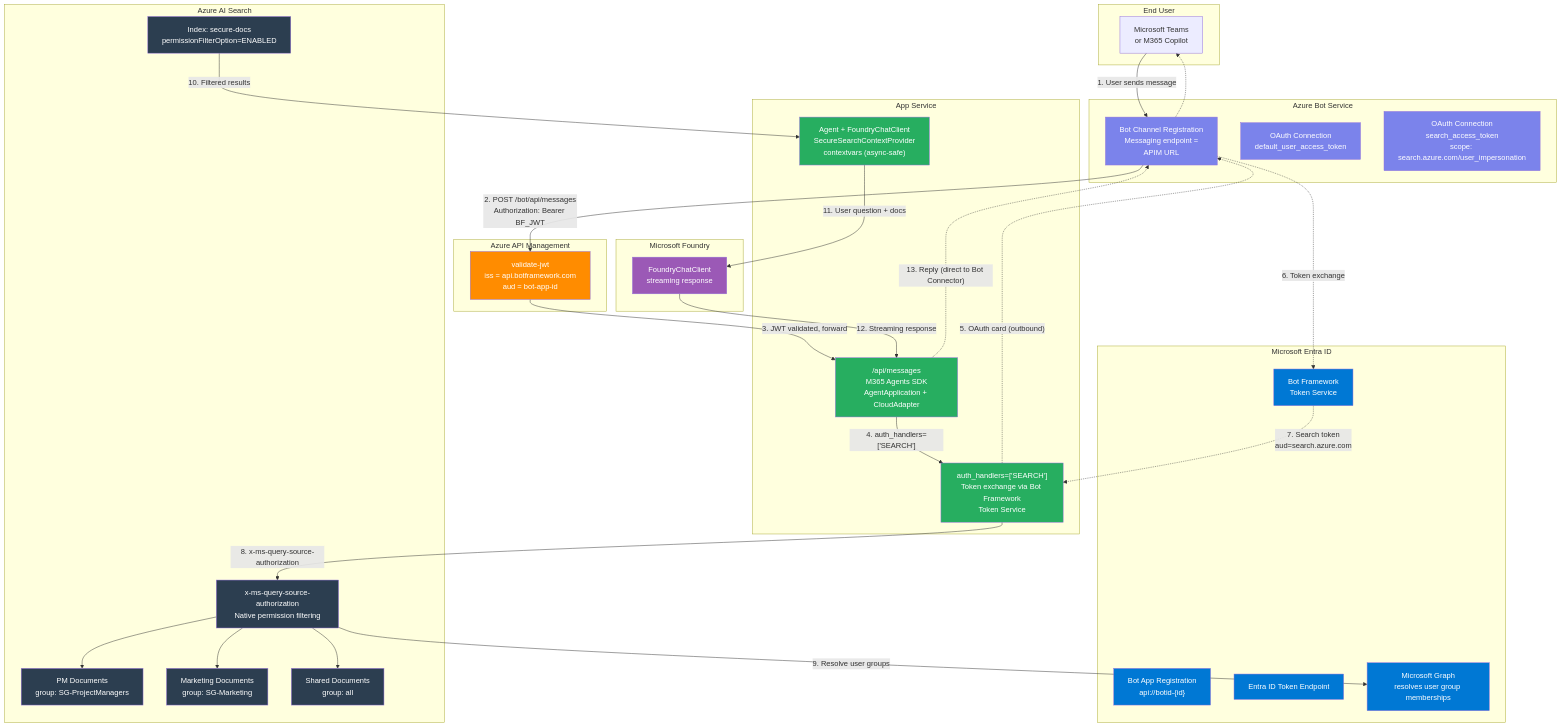
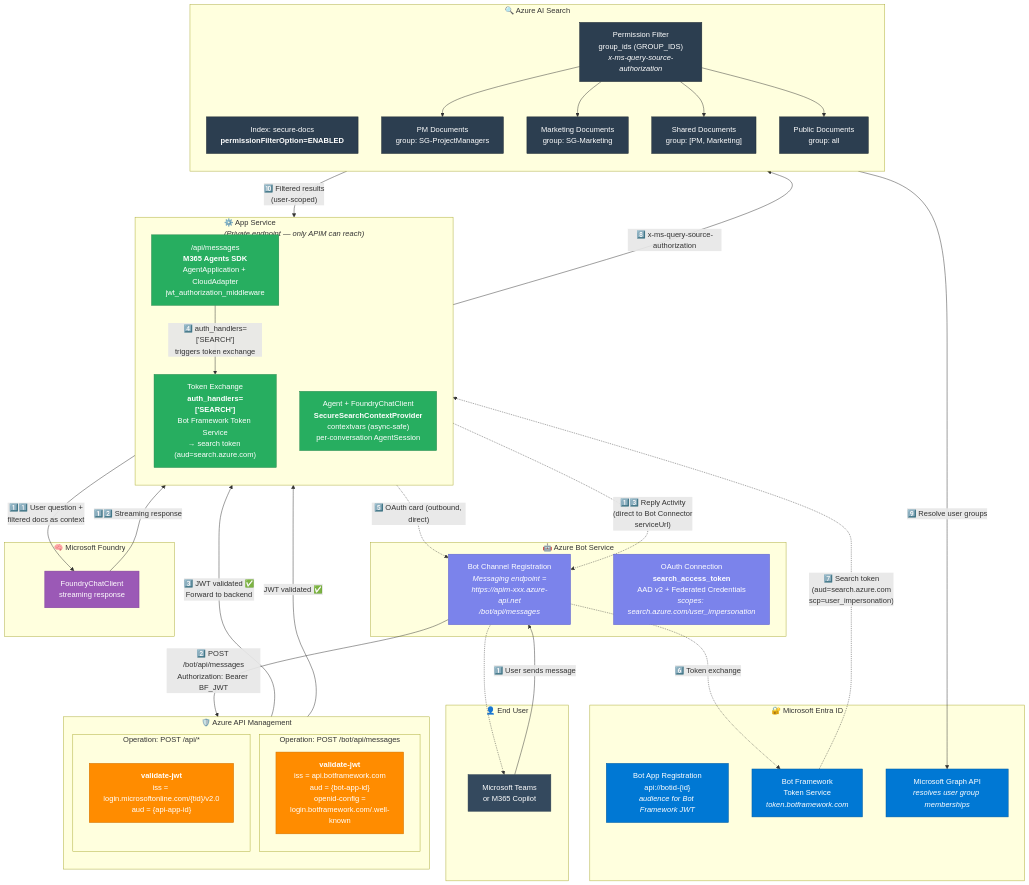
One commit to Azure-Samples/bring-your-own-agent-to-m365-accelerator changed the first of 3 diagrams in docs/architecture.md. Above: the diagram before and after it, drawn with Mermaid. The commit also changed other lines of this file, not shown here.

Commit message:
docs: detailed architecture diagrams with subgraphs, emojis, numbered steps
- Full deployed architecture with all Azure components
- Token exchange sequence diagram (13 steps)
- Per-user document filtering table
- Network security diagram (private endpoint)
- APIM policy sample
- Key design decisions table

````diff
--- a/docs/architecture.md
+++ b/docs/architecture.md
@@ -7,76 +9,98 @@
 ```mermaid
 flowchart TB
-    subgraph CLIENT["End User"]
+    subgraph CLIENT["👤 End User"]
         Teams["Microsoft Teams<br/>or M365 Copilot"]
     end
 
-    subgraph ENTRA["Microsoft Entra ID"]
-        BotAppReg["Bot App Registration<br/>api://botid-{id}"]
-        OAuthToken["Bot Framework<br/>Token Service"]
-        EntraTokens["Entra ID Token Endpoint"]
-        GraphAPI["Microsoft Graph<br/>resolves user group memberships"]
+    subgraph ENTRA["🔐 Microsoft Entra ID"]
+        BotAppReg["Bot App Registration<br/>api://botid-{id}<br/><i>audience for Bot Framework JWT</i>"]
+        OAuthToken["Bot Framework<br/>Token Service<br/><i>token.botframework.com</i>"]
+        GraphAPI["Microsoft Graph API<br/><i>resolves user group memberships</i>"]
     end
 
-    subgraph BOT_SERVICE["Azure Bot Service"]
-        Bot["Bot Channel Registration<br/>Messaging endpoint =<br/>APIM URL"]
-        OAuthSSO["OAuth Connection<br/>default_user_access_token"]
-        OAuthSearch["OAuth Connection<br/>search_access_token<br/>scope: search.azure.com/user_impersonation"]
+    subgraph BOT_SERVICE["🤖 Azure Bot Service"]
+        Bot["Bot Channel Registration<br/><i>Messaging endpoint =<br/>https://apim-xxx.azure-api.net<br/>/bot/api/messages</i>"]
+        OAuthSearch["OAuth Connection<br/><b>search_access_token</b><br/>AAD v2 + Federated Credentials<br/><i>scopes: search.azure.com/user_impersonation</i>"]
     end
 
-    subgraph APIM_GW["Azure API Management"]
-        BotJWT["validate-jwt<br/>iss = api.botframework.com<br/>aud = bot-app-id"]
+    subgraph APIM_GW["🛡️ Azure API Management"]
+        direction TB
+
+        subgraph BOT_OP["Operation: POST /bot/api/messages"]
+            BotJWT["<b>validate-jwt</b><br/>iss = api.botframework.com<br/>aud = {bot-app-id}<br/>openid-config =<br/>login.botframework.com/.well-known"]
+        end
+
+        subgraph API_OP["Operation: POST /api/*"]
+            UserJWT["<b>validate-jwt</b><br/>iss = login.microsoftonline.com/{tid}/v2.0<br/>aud = {api-app-id}"]
+        end
     end
 
-    subgraph APP["App Service"]
-        BotHandler["/api/messages<br/>M365 Agents SDK<br/>AgentApplication + CloudAdapter"]
-        AuthHandler["auth_handlers=['SEARCH']<br/>Token exchange via Bot Framework<br/>Token Service"]
-        AgentFW["Agent + FoundryChatClient<br/>SecureSearchContextProvider<br/>contextvars (async-safe)"]
+    subgraph APP["⚙️ App Service<br/><i>(Private endpoint — only APIM can reach)</i>"]
+        direction TB
+        BotHandler["/api/messages<br/><b>M365 Agents SDK</b><br/>AgentApplication + CloudAdapter<br/>jwt_authorization_middleware"]
+        SearchAuth["Token Exchange<br/><b>auth_handlers=['SEARCH']</b><br/>Bot Framework Token Service<br/>→ search token (aud=search.azure.com)"]
+        AgentFW["Agent + FoundryChatClient<br/><b>SecureSearchContextProvider</b><br/>contextvars (async-safe)<br/>per-conversation AgentSession"]
     end
 
-    subgraph SEARCH["Azure AI Search"]
-        Index["Index: secure-docs<br/>permissionFilterOption=ENABLED"]
-        ACL["x-ms-query-source-authorization<br/>Native permission filtering"]
+    subgraph SEARCH["🔍 Azure AI Search"]
+        direction TB
+        Index["Index: secure-docs<br/><b>permissionFilterOption=ENABLED</b>"]
+        ACL["Permission Filter<br/>group_ids (GROUP_IDS)<br/><i>x-ms-query-source-authorization</i>"]
         Docs_PM["PM Documents<br/>group: SG-ProjectManagers"]
         Docs_MK["Marketing Documents<br/>group: SG-Marketing"]
-        Docs_Shared["Shared Documents<br/>group: all"]
+        Docs_Shared["Shared Documents<br/>group: [PM, Marketing]"]
+        Docs_All["Public Documents<br/>group: all"]
     end
 
-    subgraph FOUNDRY["Microsoft Foundry"]
+    subgraph FOUNDRY["🧠 Microsoft Foundry"]
         LLM["FoundryChatClient<br/>streaming response"]
     end
 
-    Teams -->|"1. User sends message"| Bot
-    Bot -->|"2. POST /bot/api/messages<br/>Authorization: Bearer BF_JWT"| BotJWT
-    BotJWT -->|"3. JWT validated, forward"| BotHandler
+    %% ── Inbound: Teams → APIM → App ──
+    Teams -->|"1️⃣ User sends message"| Bot
+    Bot -->|"2️⃣ POST /bot/api/messages<br/>Authorization: Bearer BF_JWT"| BotJWT
+    BotJWT -->|"3️⃣ JWT validated ✅<br/>Forward to backend"| BotHandler
 
-    BotHandler -->|"4. auth_handlers=['SEARCH']"| AuthHandler
-    AuthHandler -.->|"5. OAuth card (outbound)"| Bot
-    Bot -.->|"6. Token exchange"| OAuthToken
-    OAuthToken -.->|"7. Search token<br/>aud=search.azure.com"| AuthHandler
+    %% ── Token exchange ──
+    BotHandler -->|"4️⃣ auth_handlers=['SEARCH']<br/>triggers token exchange"| SearchAuth
+    SearchAuth -.->|"5️⃣ OAuth card (outbound, direct)"| Bot
+    Bot -.->|"6️⃣ Token exchange"| OAuthToken
+    OAuthToken -.->|"7️⃣ Search token<br/>(aud=search.azure.com<br/>scp=user_impersonation)"| SearchAuth
 
-    AuthHandler -->|"8. x-ms-query-source-authorization"| ACL
-    ACL -->|"9. Resolve user groups"| GraphAPI
+    %% ── AI Search with ACL ──
+    SearchAuth -->|"8️⃣ x-ms-query-source-authorization"| ACL
+    ACL -->|"9️⃣ Resolve user groups"| GraphAPI
     ACL --> Docs_PM
     ACL --> Docs_MK
     ACL --> Docs_Shared
-    Index -->|"10. Filtered results"| AgentFW
+    ACL --> Docs_All
+    Index -->|"🔟 Filtered results<br/>(user-scoped)"| AgentFW
 
-    AgentFW -->|"11. User question + docs"| LLM
-    LLM -->|"12. Streaming response"| BotHandler
-    BotHandler -.->|"13. Reply (direct to Bot Connector)"| Bot
+    %% ── Agent → LLM ──
+    AgentFW -->|"1️⃣1️⃣ User question +<br/>filtered docs as context"| LLM
+    LLM -->|"1️⃣2️⃣ Streaming response"| BotHandler
+
+    %% ── Reply (outbound, direct) ──
+    BotHandler -.->|"1️⃣3️⃣ Reply Activity<br/>(direct to Bot Connector<br/>serviceUrl)"| Bot
     Bot -.-> Teams
 
-    classDef entra fill:#0078d4,color:#fff
-    classDef bot fill:#7b83eb,color:#fff
-    classDef apim fill:#ff8c00,color:#fff
-    classDef app fill:#27ae60,color:#fff
-    classDef search fill:#2c3e50,color:#fff
-    classDef foundry fill:#9b59b6,color:#fff
+    %% ── Non-bot API clients ──
+    UserJWT -->|"JWT validated ✅"| AgentFW
 
-    class BotAppReg,OAuthToken,EntraTokens,GraphAPI entra
-    class Bot,OAuthSSO,OAuthSearch bot
-    class BotJWT apim
-    class BotHandler,AuthHandler,AgentFW app
-    class Index,ACL,Docs_PM,Docs_MK,Docs_Shared search
+    %% Styling
+    classDef entra fill:#0078d4,color:#fff,stroke:#005a9e
+    classDef bot fill:#7b83eb,color:#fff,stroke:#5b5fc7
+    classDef apim fill:#ff8c00,color:#fff,stroke:#cc7000
+    classDef app fill:#27ae60,color:#fff,stroke:#1e8449
+    classDef search fill:#2c3e50,color:#fff,stroke:#1a252f
+    classDef foundry fill:#9b59b6,color:#fff,stroke:#7d3c98
+    classDef user fill:#34495e,color:#fff,stroke:#2c3e50
+
+    class BotAppReg,OAuthToken,GraphAPI entra
+    class Bot,OAuthSearch bot
+    class BotJWT,UserJWT apim
+    class BotHandler,SearchAuth,AgentFW app
+    class Index,ACL,Docs_PM,Docs_MK,Docs_Shared,Docs_All search
     class LLM foundry
+    class Teams user
 ```
````
